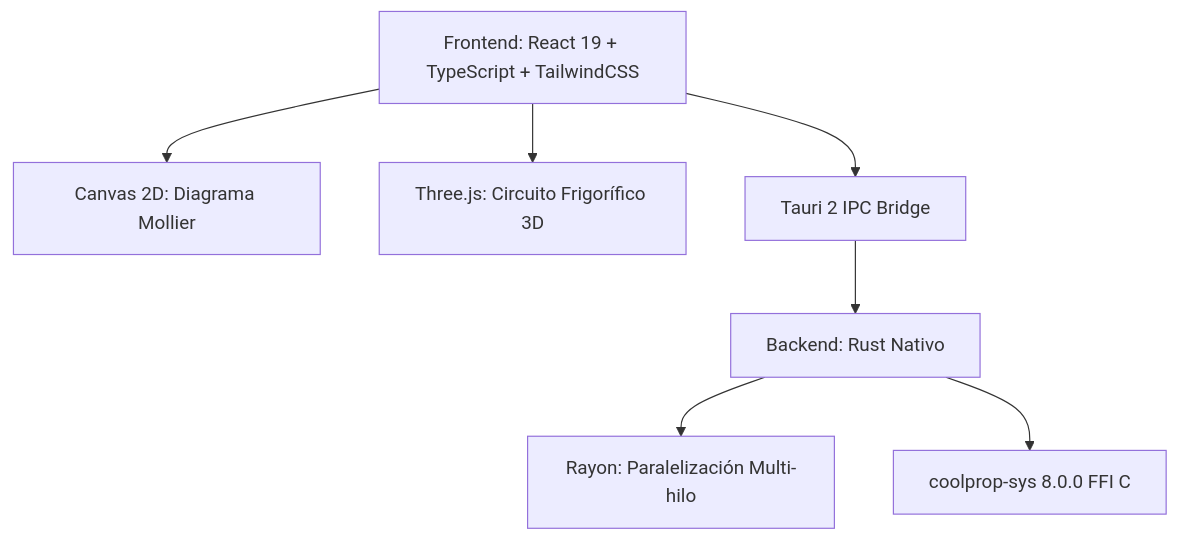
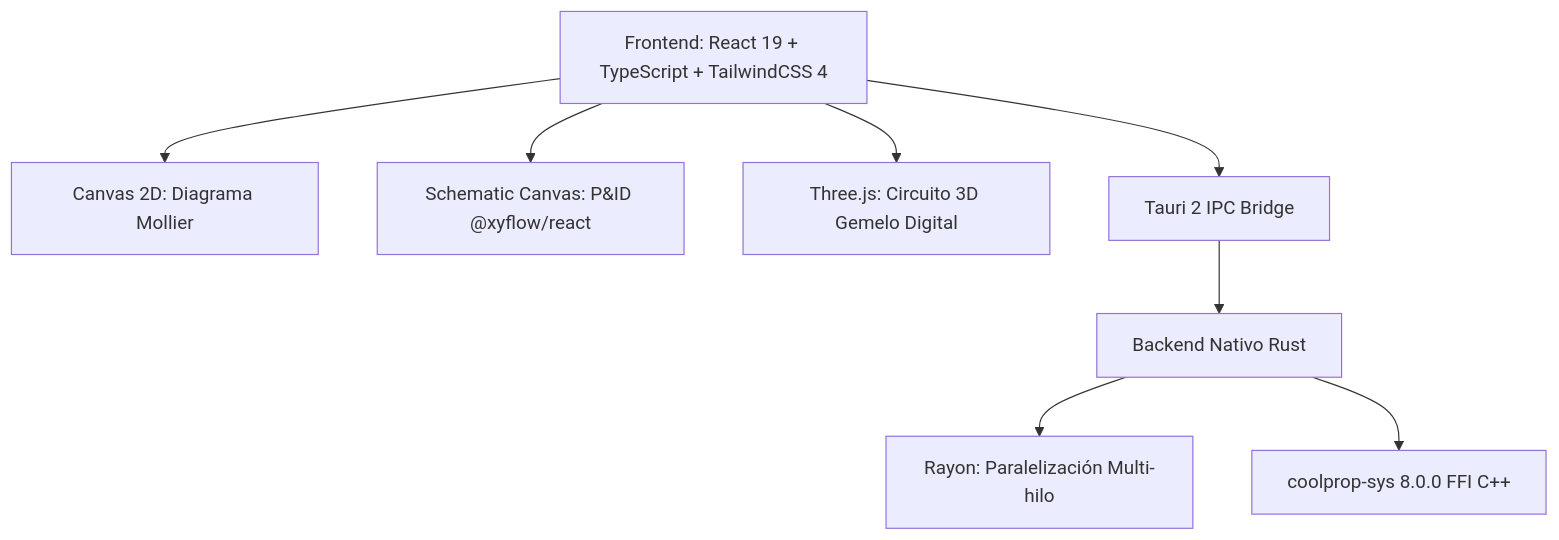
One commit to imjustkike/refrigerantes-mollier changed the diagram in README.md. Above: the diagram before and after it, drawn with Mermaid. The commit also changed other lines of this file, not shown here.

````diff
--- a/README.md
+++ b/README.md
@@ -101,9 +150,10 @@
 ```mermaid
 graph TD
-    UI[Frontend: React 19 + TypeScript + TailwindCSS] --> Canvas[Canvas 2D: Diagrama Mollier]
-    UI --> ThreeJS[Three.js: Circuito Frigorífico 3D]
+    UI[Frontend: React 19 + TypeScript + TailwindCSS 4] --> Canvas[Canvas 2D: Diagrama Mollier]
+    UI --> PID[Schematic Canvas: P&ID @xyflow/react]
+    UI --> ThreeJS[Three.js: Circuito 3D Gemelo Digital]
     UI --> Tauri[Tauri 2 IPC Bridge]
-    Tauri --> Rust[Backend: Rust Nativo]
+    Tauri --> Rust[Backend Nativo Rust]
     Rust --> Rayon[Rayon: Paralelización Multi-hilo]
-    Rust --> CoolProp[coolprop-sys 8.0.0 FFI C]
+    Rust --> CoolProp[coolprop-sys 8.0.0 FFI C++]
 ```
````
